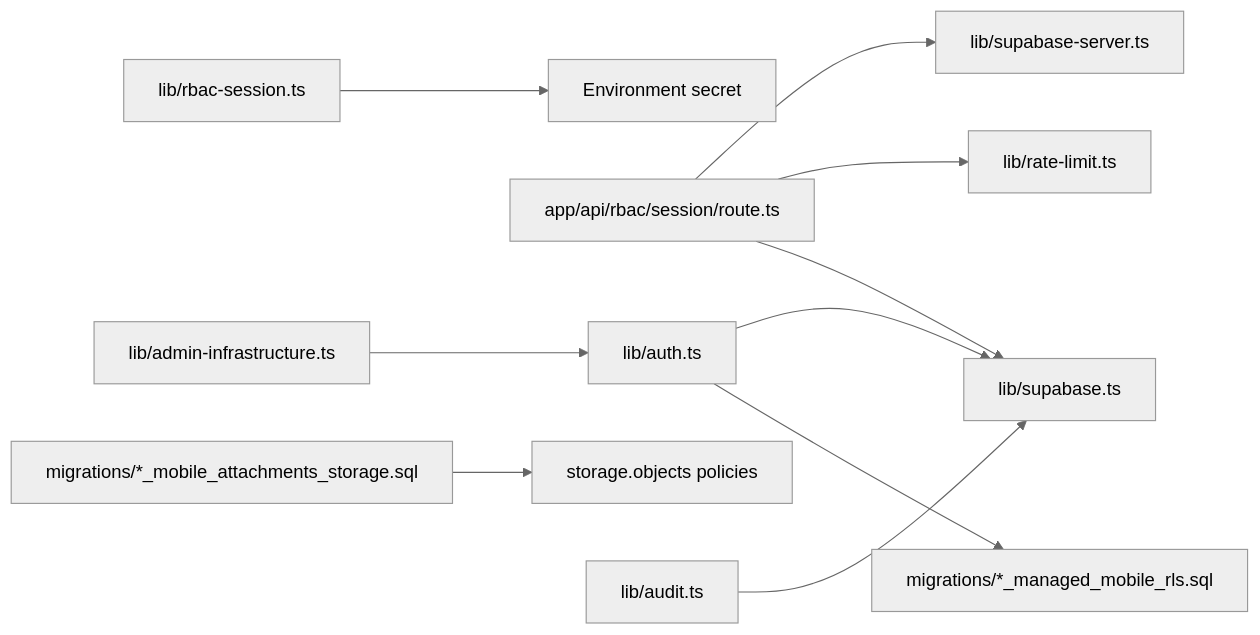
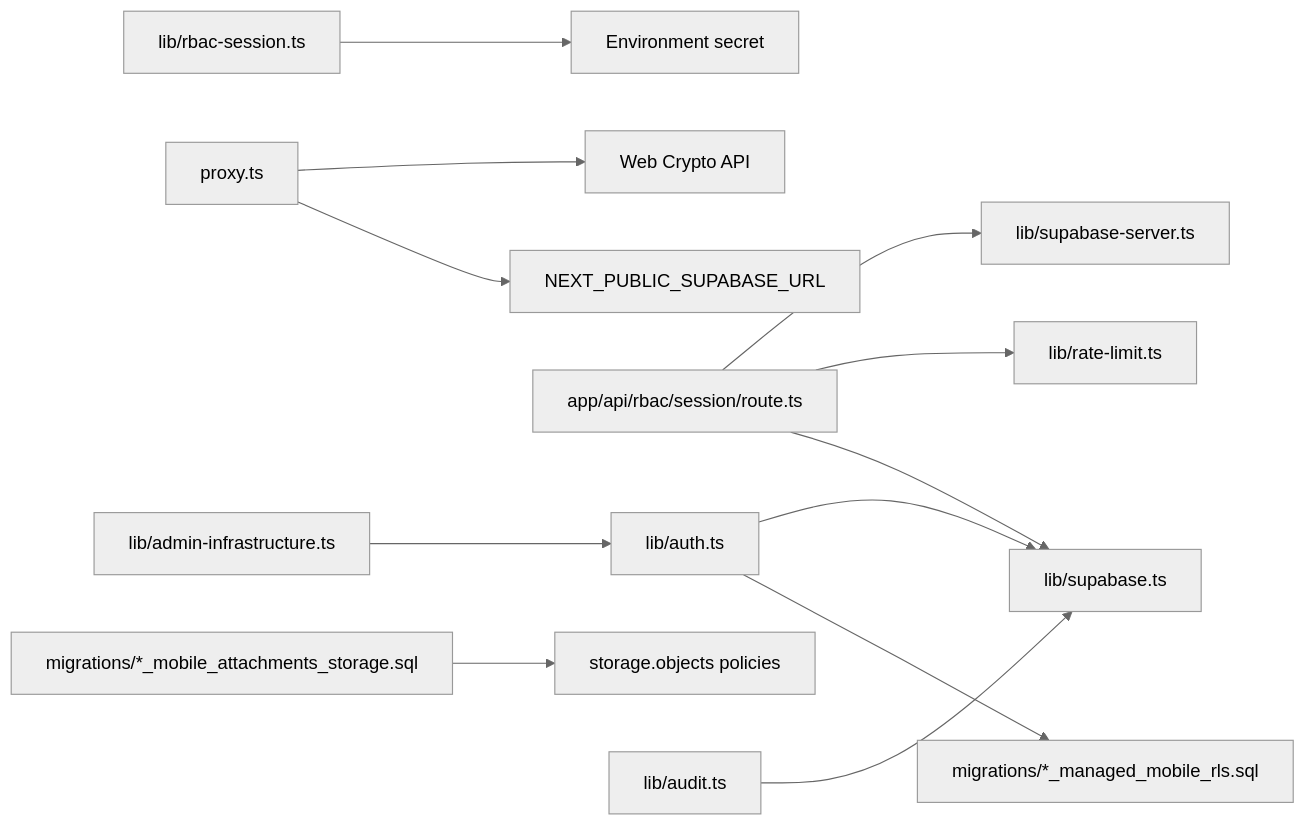
Before and after one commit to mustafaalkusaj/appschoolmustafa2002: the ninth of 9 diagrams in .qoder/repowiki/en/content/Security Implementation/Security Implementation.md, drawn with Mermaid (neutral theme). The commit also changed other lines of this file and 85 other files, not shown here.

````diff
--- a/.qoder/repowiki/en/content/Security Implementation/Security Implementation.md
+++ b/.qoder/repowiki/en/content/Security Implementation/Security Implementation.md
@@ -415,12 +473,14 @@
 ```mermaid
 graph LR
 RBACSession["lib/rbac-session.ts"] --> Secret["Environment secret"]
+Proxy["proxy.ts"] --> Crypto["Web Crypto API"]
+Proxy --> SupabaseURL["NEXT_PUBLIC_SUPABASE_URL"]
 RBACRoute["app/api/rbac/session/route.ts"] --> SupaServer["lib/supabase-server.ts"]
 RBACRoute --> RateLimit["lib/rate-limit.ts"]
 RBACRoute --> SupaBrowser["lib/supabase.ts"]
 AuthLib["lib/auth.ts"] --> SupaBrowser
 AuthLib --> RLS["migrations/*_managed_mobile_rls.sql"]
 StorageRLS["migrations/*_mobile_attachments_storage.sql"] --> StoragePolicy["storage.objects policies"]
 Audit["lib/audit.ts"] --> SupaBrowser
 AdminInfra["lib/admin-infrastructure.ts"] --> AuthLib
 ```
````
